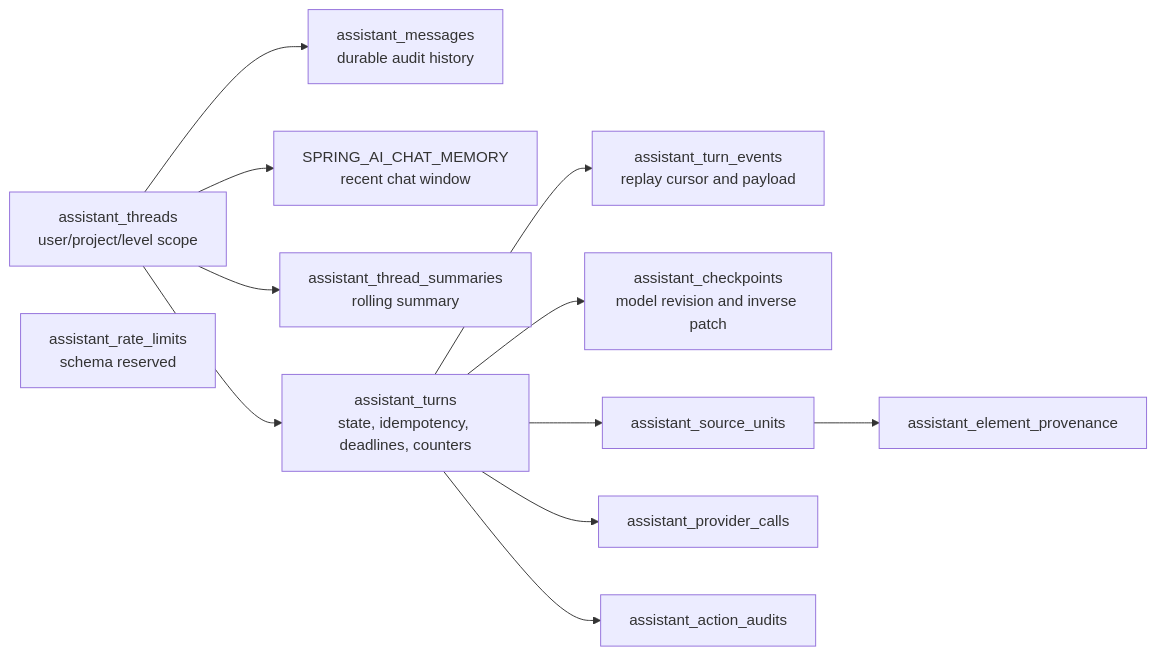
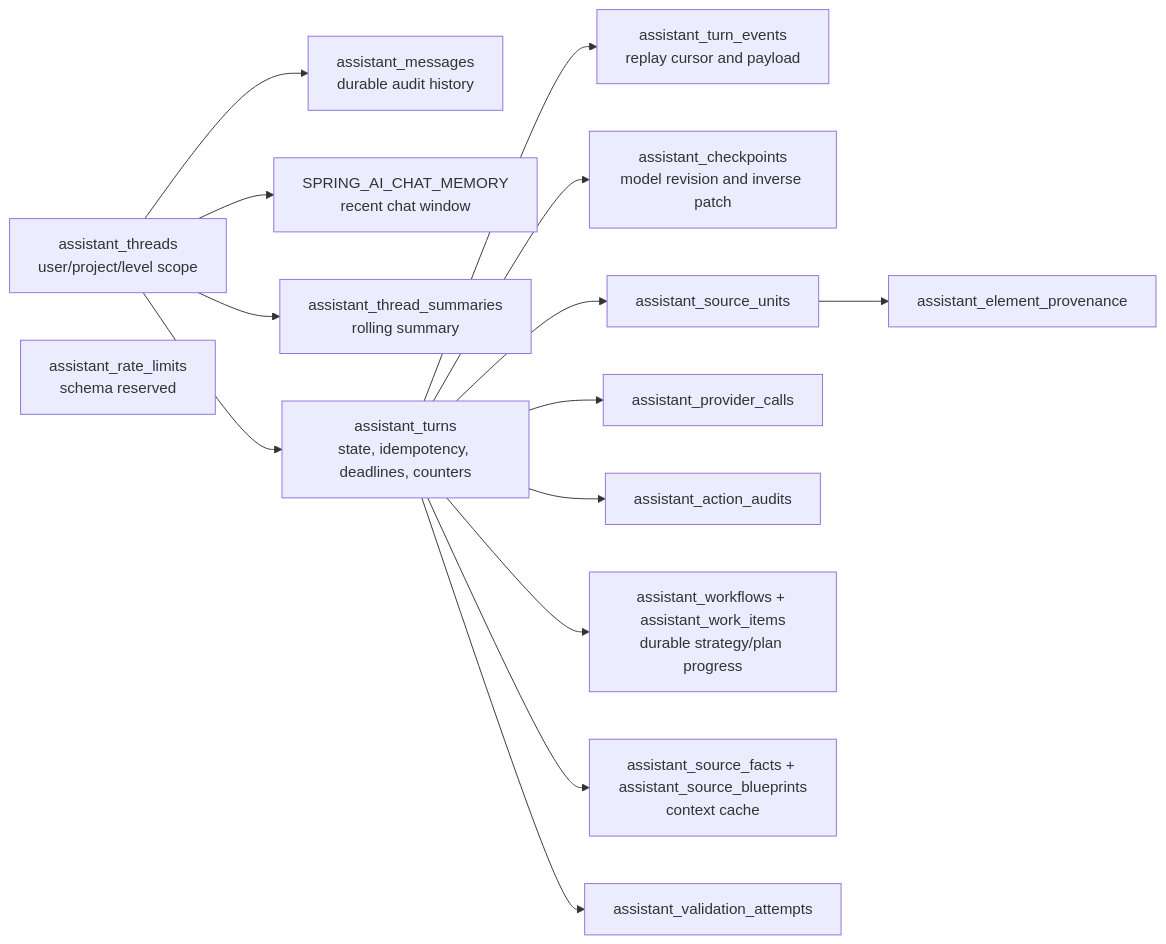
Before and after one commit to mehdieidi/modriss: the third of 3 diagrams in docs/diagrams/16-ai-assistant-rag-and-memory.md, drawn with Mermaid. The commit also changed other lines of this file and 66 other files, not shown here.

````diff
--- a/docs/diagrams/16-ai-assistant-rag-and-memory.md
+++ b/docs/diagrams/16-ai-assistant-rag-and-memory.md
@@ -48,26 +58,32 @@
 ```mermaid
 flowchart LR
     thread["assistant_threads<br/>user/project/level scope"]
     messages["assistant_messages<br/>durable audit history"]
     spring["SPRING_AI_CHAT_MEMORY<br/>recent chat window"]
     summaries["assistant_thread_summaries<br/>rolling summary"]
     turns["assistant_turns<br/>state, idempotency, deadlines, counters"]
     events["assistant_turn_events<br/>replay cursor and payload"]
     checkpoints["assistant_checkpoints<br/>model revision and inverse patch"]
     sources["assistant_source_units"]
     provenance["assistant_element_provenance"]
     calls["assistant_provider_calls"]
     audits["assistant_action_audits"]
+    workflows["assistant_workflows + assistant_work_items<br/>durable strategy/plan progress"]
+    facts["assistant_source_facts + assistant_source_blueprints<br/>context cache"]
+    validation["assistant_validation_attempts"]
     limits["assistant_rate_limits<br/>schema reserved"]
 
     thread --> messages
     thread --> spring
     thread --> summaries
     thread --> turns
     turns --> events
     turns --> checkpoints
     turns --> sources --> provenance
     turns --> calls
     turns --> audits
+    turns --> workflows
+    turns --> facts
+    turns --> validation
     limits
 ```
````
